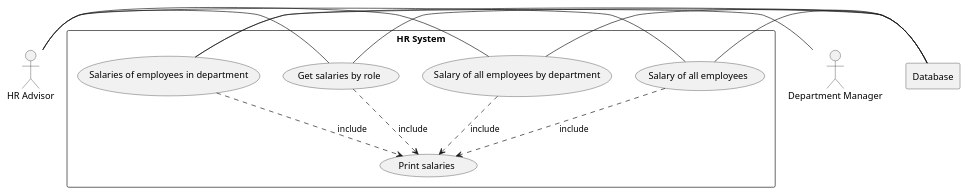
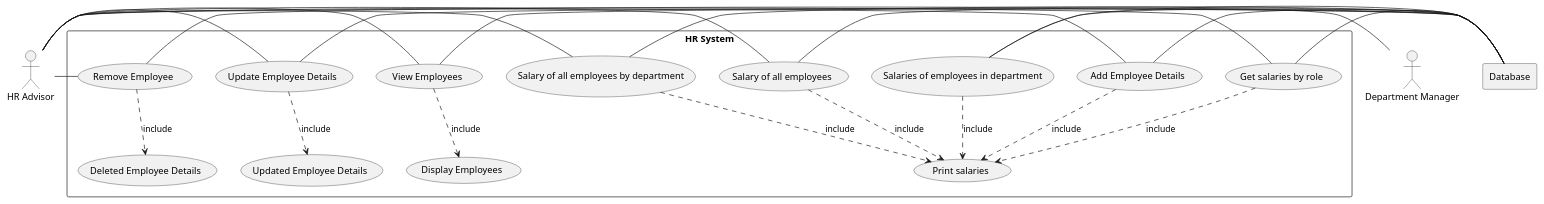
One commit to Blade-iii/sem changed the diagram in use-cases/HR System.puml. Above: the diagram before and after it, drawn with PlantUML.

Commit message:
Created all 8 usecase diagrams

```diff
--- a/use-cases/HR System.puml
+++ b/use-cases/HR System.puml
@@ -1,38 +1,63 @@
 @startuml
 
 actor HR as "HR Advisor"
 actor DM as "Department Manager"
 
 rectangle Database
 
 rectangle "HR System" {
 
 
     usecase UC1 as "Salary of all employees"
     usecase UC2 as "Salary of all employees by department"
     usecase UC3 as "Salaries of employees in department"
     usecase UC4 as "Get salaries by role"
+    usecase UC5 as "Add Employee Details"
+    usecase UC6 as "View Employees"
+    usecase UC7 as "Update Employee Details"
+    usecase UC8 as "Remove Employee"
 
     usecase UCa as "Print salaries"
+    usecase UCA as "Display Employees"
+    usecase ucaUpdate as "Updated Employee Details"
+    usecase ucaDelete as "Deleted Employee Details"
 
     HR - UC1
     HR - UC2
     HR - UC4
+    HR - UC5
+    HR - UC6
+    HR - UC7
+    HR - UC8
 
     DM - UC3
 
 
     UC1 ..> UCa : include
     UC1 - Database
 
     UC2 ..> UCa : include
     UC2 - Database
 
     UC3 ..> UCa : include
     UC3 - Database
 
     UC4 ..> UCa : include
     UC4 - Database
+
+    UC5 ..> UCa : include
+    UC5 - Database
+
+    UC6 ..> UCA : include
+    UC6 - Database
+
+    UC7 ..> ucaUpdate : include
+    UC7 - Database
+
+    UC8 ..> ucaDelete : include
+    UC8 - Database
+
+
 }
 
 @enduml
```
